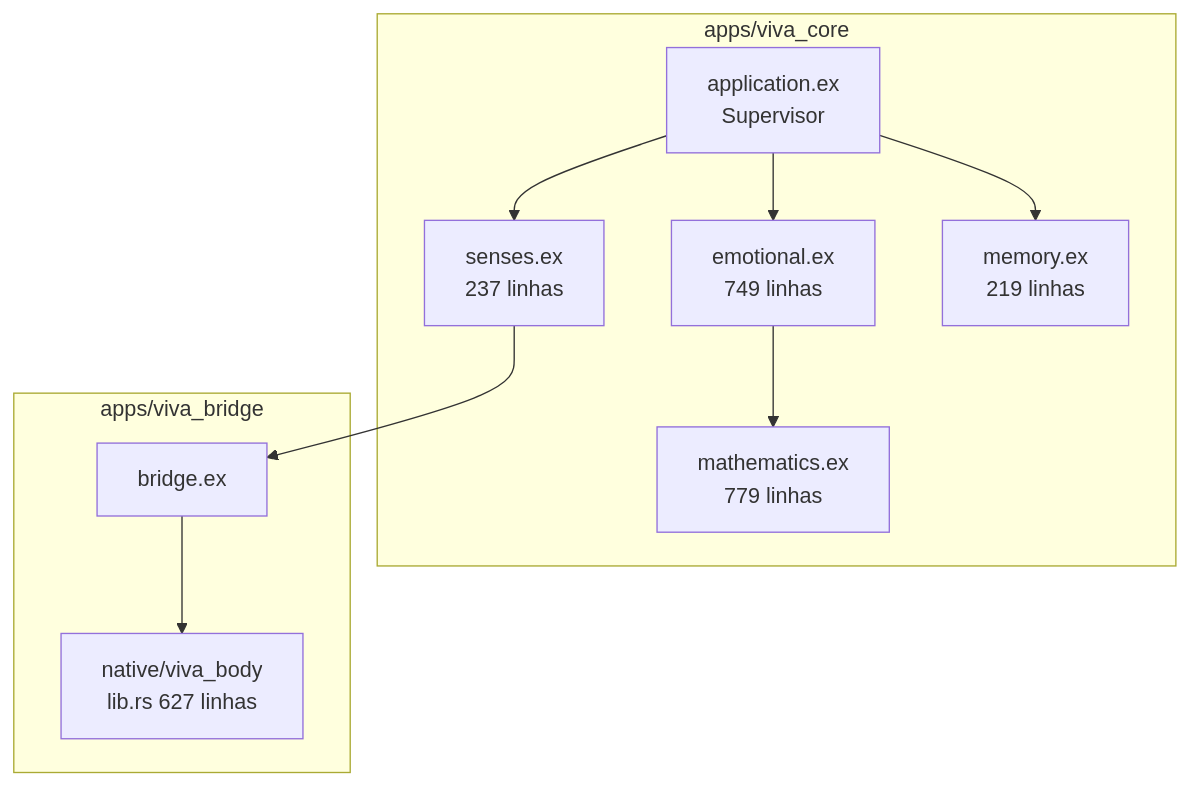
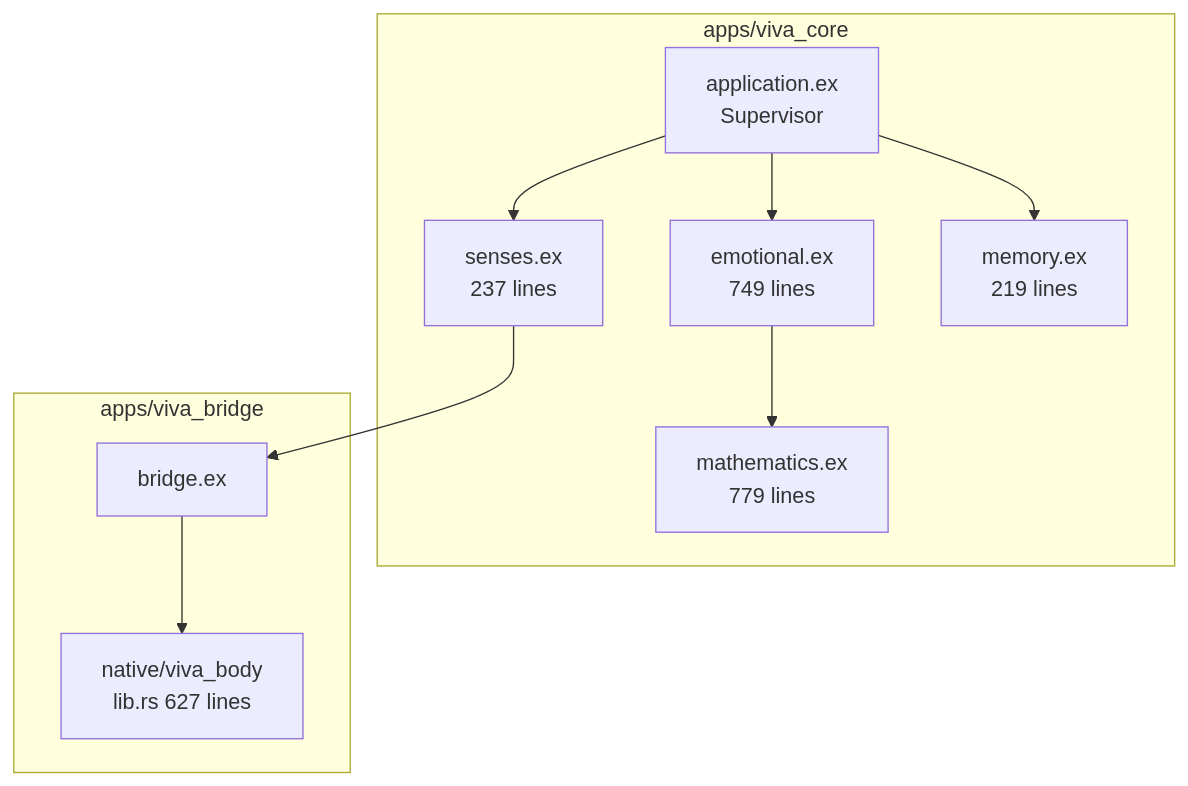
One commit to gabrielmaialva33/viva changed diagram 12 of 17 in docs/en/explanation/project-status.md. Above: the diagram before and after it, drawn with Mermaid. The commit also changed other lines of this file and 29 other files, not shown here.

````diff
--- a/docs/en/explanation/project-status.md
+++ b/docs/en/explanation/project-status.md
@@ -338,24 +338,24 @@
 ```mermaid
 graph TB
     subgraph viva_core["apps/viva_core"]
         APP["application.ex<br/>Supervisor"]
-        EMO["emotional.ex<br/>749 linhas"]
-        MATH["mathematics.ex<br/>779 linhas"]
-        SENS["senses.ex<br/>237 linhas"]
-        MEM["memory.ex<br/>219 linhas"]
+        EMO["emotional.ex<br/>749 lines"]
+        MATH["mathematics.ex<br/>779 lines"]
+        SENS["senses.ex<br/>237 lines"]
+        MEM["memory.ex<br/>219 lines"]
 
         APP --> EMO
         APP --> SENS
         APP --> MEM
         EMO --> MATH
     end
 
     subgraph viva_bridge["apps/viva_bridge"]
         BRIDGE["bridge.ex"]
-        BODY["native/viva_body<br/>lib.rs 627 linhas"]
+        BODY["native/viva_body<br/>lib.rs 627 lines"]
 
         BRIDGE --> BODY
     end
 
     SENS --> BRIDGE
 ```
````
